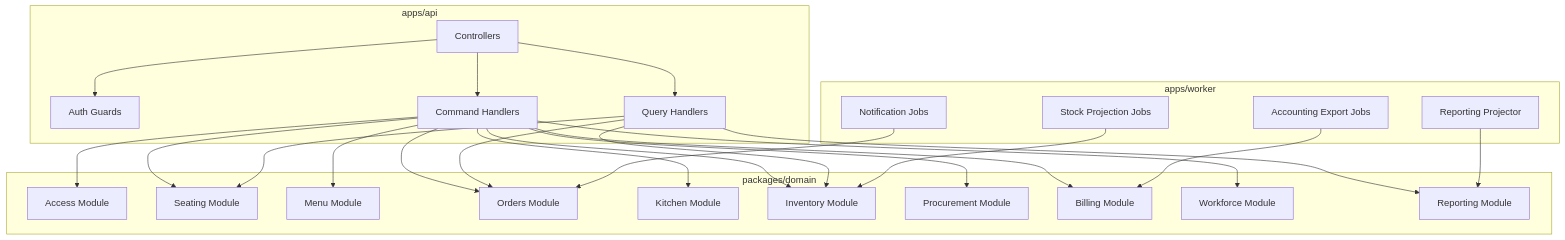
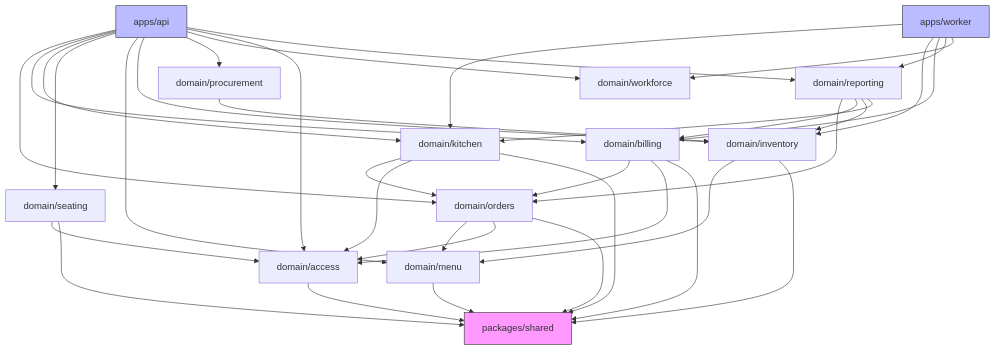
One commit to 0Ankit0/Project-Ideas changed the fifth of 7 diagrams in Restaurant Management System/implementation/c4-code-diagram.md. Above: the diagram before and after it, drawn with Mermaid. The commit also changed other lines of this file and 22 other files, not shown here.

````diff
--- a/Restaurant Management System/implementation/c4-code-diagram.md
+++ b/Restaurant Management System/implementation/c4-code-diagram.md
@@ -3,50 +326,46 @@
 ```mermaid
-flowchart TB
-    subgraph api[apps/api]
-        controllers[Controllers]
-        guards[Auth Guards]
-        commands[Command Handlers]
-        queries[Query Handlers]
-    end
+flowchart TD
+    api[apps/api] --> orders[domain/orders]
+    api --> billing[domain/billing]
+    api --> kitchen[domain/kitchen]
+    api --> seating[domain/seating]
+    api --> menu[domain/menu]
+    api --> inventory[domain/inventory]
+    api --> procurement[domain/procurement]
+    api --> workforce[domain/workforce]
+    api --> access[domain/access]
+    api --> reporting[domain/reporting]
 
-    subgraph domain[packages/domain]
-        access[Access Module]
-        seating[Seating Module]
-        menu[Menu Module]
-        orders[Orders Module]
-        kitchen[Kitchen Module]
-        inventory[Inventory Module]
-        procurement[Procurement Module]
-        billing[Billing Module]
-        workforce[Workforce Module]
-        reporting[Reporting Module]
-    end
+    worker[apps/worker] --> kitchen
+    worker --> inventory
+    worker --> billing
+    worker --> reporting
+    worker --> workforce
 
-    subgraph worker[apps/worker]
-        notifications[Notification Jobs]
-        stockProjection[Stock Projection Jobs]
-        accountingExports[Accounting Export Jobs]
-        reportingProjector[Reporting Projector]
-    end
+    kitchen --> orders
+    billing --> orders
+    inventory --> menu
+    procurement --> inventory
+    reporting --> orders
+    reporting --> billing
+    reporting --> inventory
+    reporting --> kitchen
 
-    controllers --> guards
-    controllers --> commands
-    controllers --> queries
-    commands --> access
-    commands --> seating
-    commands --> menu
-    commands --> orders
-    commands --> kitchen
-    commands --> inventory
-    commands --> procurement
-    commands --> billing
-    commands --> workforce
-    queries --> seating
-    queries --> orders
-    queries --> inventory
-    queries --> reporting
-    notifications --> orders
-    stockProjection --> inventory
-    accountingExports --> billing
-    reportingProjector --> reporting
+    orders --> menu
+    orders --> access
+    billing --> access
+    kitchen --> access
+    seating --> access
+
+    orders --> shared[packages/shared]
+    billing --> shared
+    kitchen --> shared
+    inventory --> shared
+    seating --> shared
+    menu --> shared
+    access --> shared
+
+    style shared fill:#f9f,stroke:#333
+    style api fill:#bbf,stroke:#333
+    style worker fill:#bbf,stroke:#333
 ```
````
